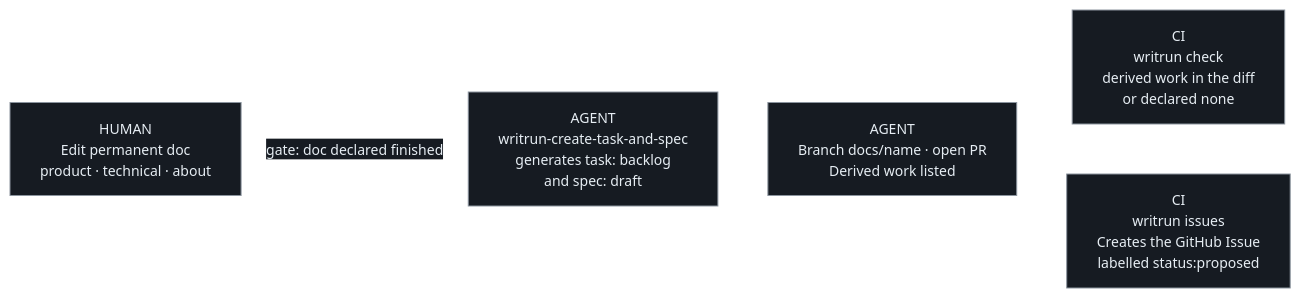
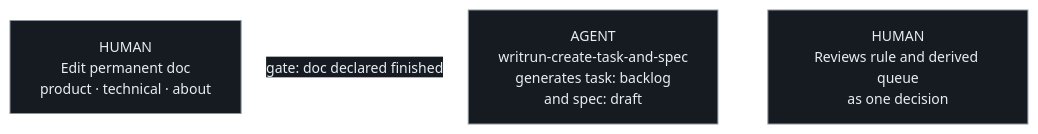
One commit to thomasfranke/writrun changed the first of 2 diagrams in docs/product/stage-1-tasks-and-specs/authoring.md. Above: the diagram before and after it, drawn with Mermaid. The commit also changed other lines of this file and 28 other files, not shown here.

````diff
--- a/docs/product/stage-1-tasks-and-specs/authoring.md
+++ b/docs/product/stage-1-tasks-and-specs/authoring.md
@@ -20,11 +18,8 @@
 ```mermaid
 %%{init: {'theme':'base','themeVariables':{'background':'#0d1117','primaryColor':'#161b22','primaryTextColor':'#e6edf3','primaryBorderColor':'#8b949e','lineColor':'#ffffff','secondaryColor':'#161b22','tertiaryColor':'#161b22','fontSize':'14px'}}}%%
 flowchart LR
     A["HUMAN<br/>Edit permanent doc<br/>product · technical · about"]
     B["AGENT<br/>writrun-create-task-and-spec<br/>generates task: backlog<br/>and spec: draft"]
-    C["AGENT<br/>Branch docs/name · open PR<br/>Derived work listed"]
-    D["CI<br/>writrun check<br/>derived work in the diff<br/>or declared none"]
-    E["CI<br/>writrun issues<br/>Creates the GitHub Issue<br/>labelled status:proposed"]
-    A -->|"gate: doc declared finished"| B --> C --> D
-    C --> E
+    C["HUMAN<br/>Reviews rule and derived queue<br/>as one decision"]
+    A -->|"gate: doc declared finished"| B --> C
 ```
````
